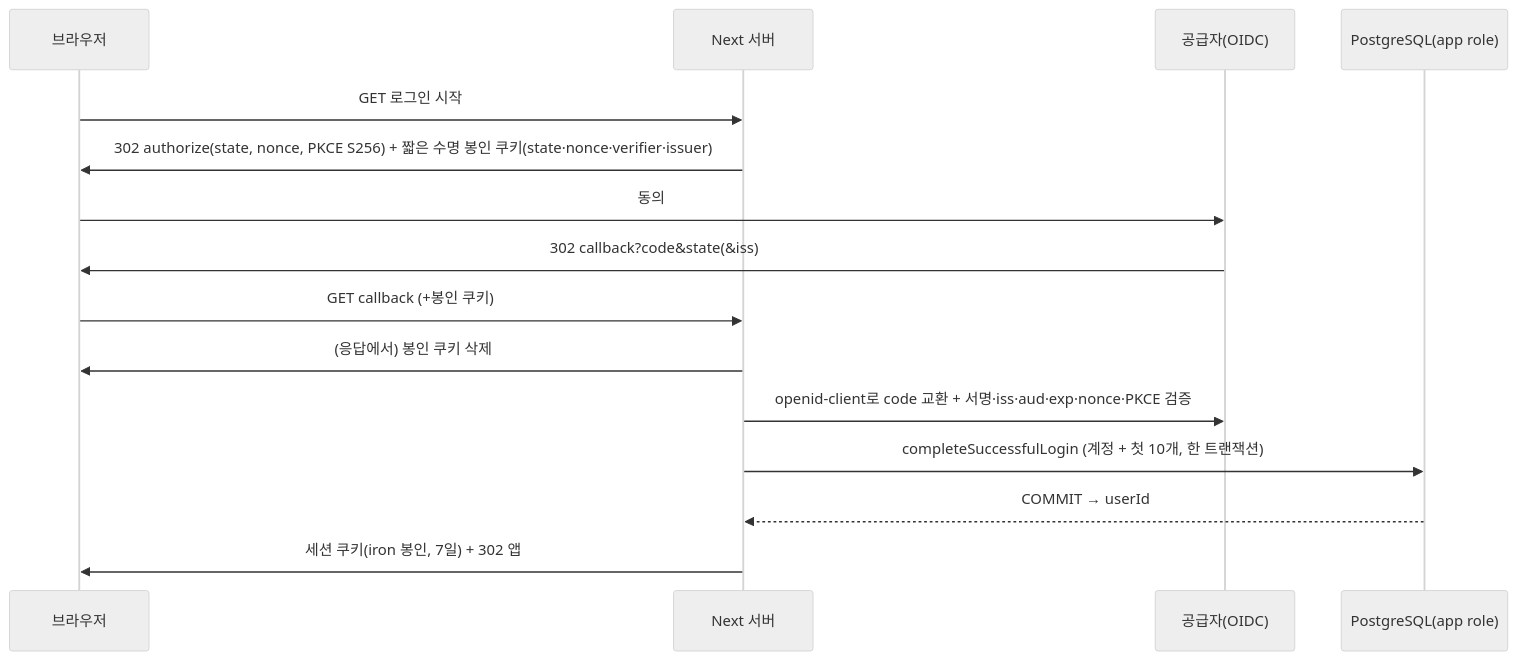
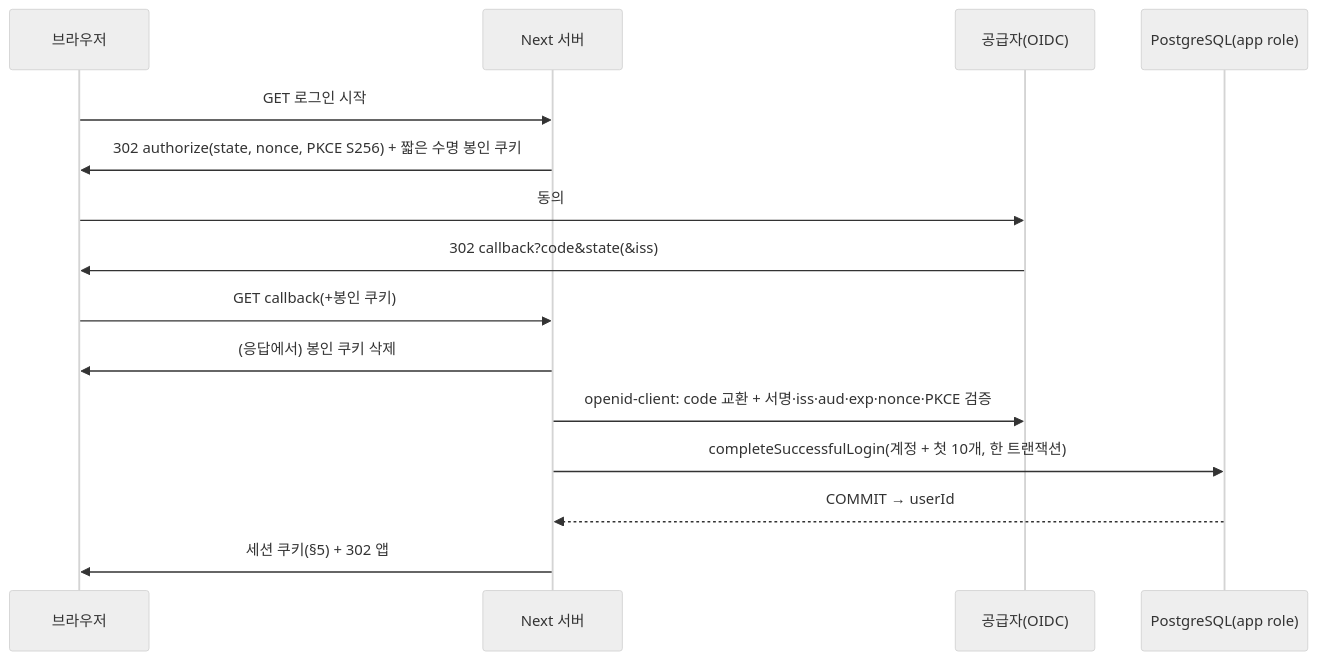
One commit to kindsr/devscent-pieceofdays-main changed the diagram in docs/plans/PLAN_mvp-authentication.md. Above: the diagram before and after it, drawn with Mermaid (neutral theme). The commit also changed other lines of this file and 2 other files, not shown here.

````diff
--- a/docs/plans/PLAN_mvp-authentication.md
+++ b/docs/plans/PLAN_mvp-authentication.md
@@ -50,17 +49,17 @@
 ```mermaid
 sequenceDiagram
   participant B as 브라우저
   participant A as Next 서버
   participant P as 공급자(OIDC)
   participant D as PostgreSQL(app role)
   B->>A: GET 로그인 시작
-  A->>B: 302 authorize(state, nonce, PKCE S256) + 짧은 수명 봉인 쿠키(state·nonce·verifier·issuer)
+  A->>B: 302 authorize(state, nonce, PKCE S256) + 짧은 수명 봉인 쿠키
   B->>P: 동의
   P->>B: 302 callback?code&state(&iss)
-  B->>A: GET callback (+봉인 쿠키)
+  B->>A: GET callback(+봉인 쿠키)
   A->>B: (응답에서) 봉인 쿠키 삭제
-  A->>P: openid-client로 code 교환 + 서명·iss·aud·exp·nonce·PKCE 검증
-  A->>D: completeSuccessfulLogin (계정 + 첫 10개, 한 트랜잭션)
+  A->>P: openid-client: code 교환 + 서명·iss·aud·exp·nonce·PKCE 검증
+  A->>D: completeSuccessfulLogin(계정 + 첫 10개, 한 트랜잭션)
   D-->>A: COMMIT → userId
-  A->>B: 세션 쿠키(iron 봉인, 7일) + 302 앱
+  A->>B: 세션 쿠키(§5) + 302 앱
 ```
````
